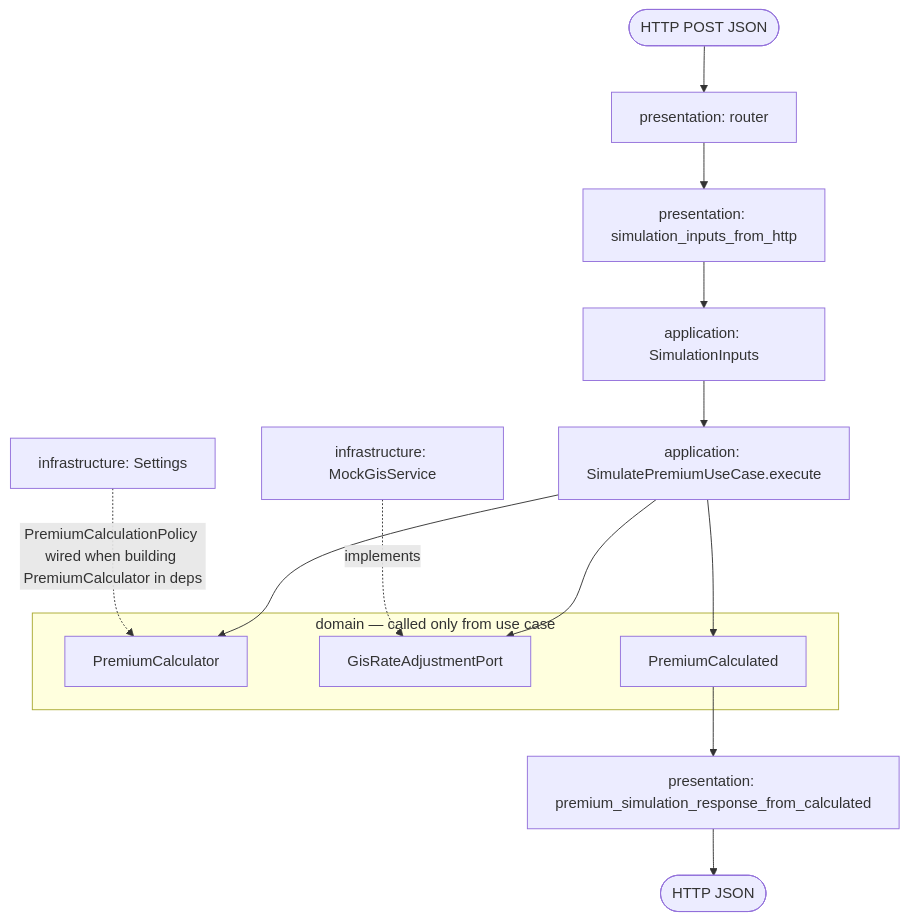
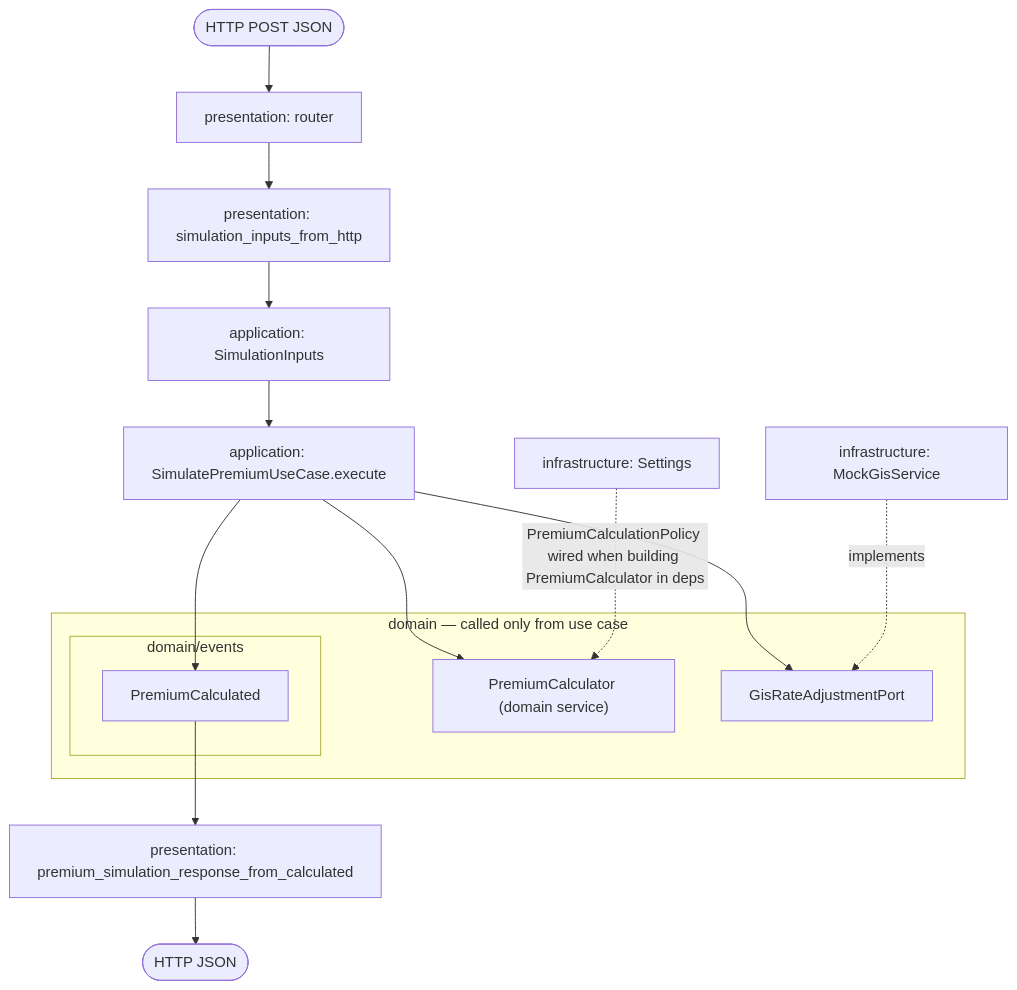
Before and after one commit to marcelomaia/Car-Insurance-Simulator: the second of 2 diagrams in execution_plan.md, drawn with Mermaid. The commit also changed other lines of this file, not shown here.

````diff
--- a/execution_plan.md
+++ b/execution_plan.md
@@ -57,24 +58,26 @@
 ```mermaid
 flowchart TB
     HTTP([HTTP POST JSON]) --> Router["presentation: router"]
     Router --> MapperIn["presentation: simulation_inputs_from_http"]
     MapperIn --> DTO["application: SimulationInputs"]
     DTO --> UC["application: SimulatePremiumUseCase.execute"]
 
     subgraph domain_layer [domain — called only from use case]
-        Calc["PremiumCalculator"]
+        Calc["PremiumCalculator (domain service)"]
         GisPort["GisRateAdjustmentPort"]
-        Result["PremiumCalculated"]
+        subgraph domain_events [domain/events]
+            PE["PremiumCalculated"]
+        end
     end
 
     UC --> Calc
     UC --> GisPort
-    UC --> Result
-    Result --> MapperOut["presentation: premium_simulation_response_from_calculated"]
+    UC --> PE
+    PE --> MapperOut["presentation: premium_simulation_response_from_calculated"]
     MapperOut --> Out([HTTP JSON])
 
     GISImpl["infrastructure: MockGisService"]
     CFG["infrastructure: Settings"]
     GISImpl -.implements.-> GisPort
     CFG -.PremiumCalculationPolicy wired when building PremiumCalculator in deps.-> Calc
 ```
````
